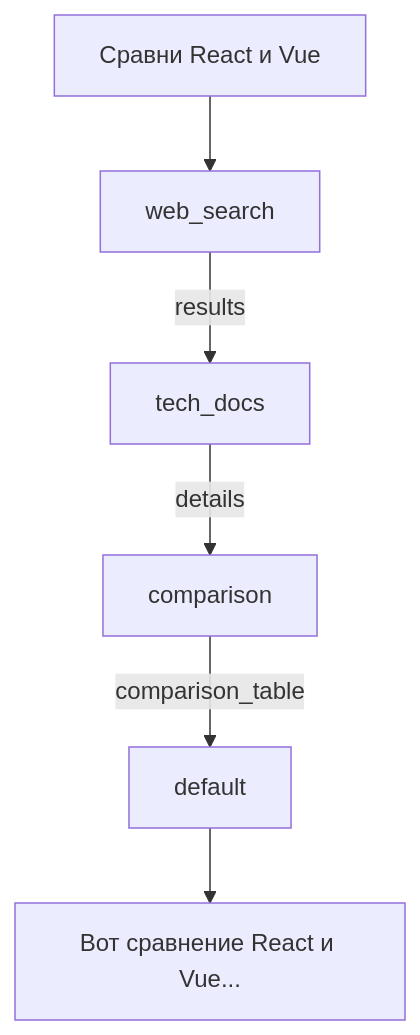
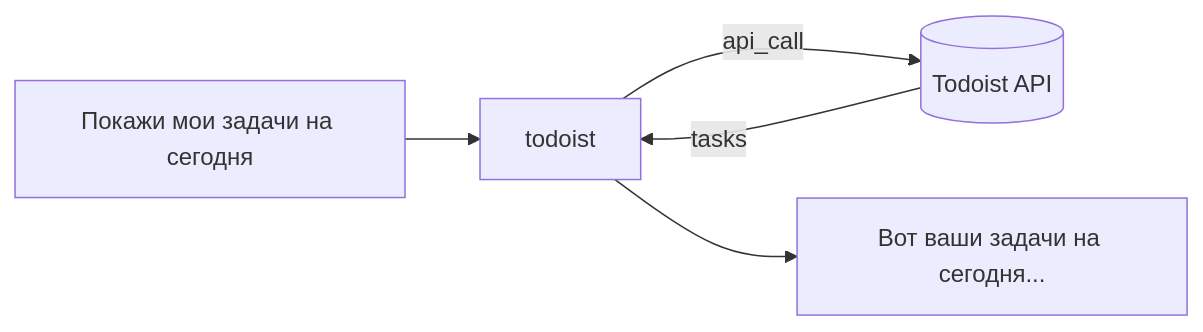
One commit to finnetrolle/nergal changed the tenth of 14 diagrams in docs/AGENT_ARCHITECTURE.md. Above: the diagram before and after it, drawn with Mermaid. The commit also changed other lines of this file and 29 other files, not shown here.

````diff
--- a/docs/AGENT_ARCHITECTURE.md
+++ b/docs/AGENT_ARCHITECTURE.md
@@ -425,8 +636,7 @@
 ```mermaid
-graph TB
-    MSG[Сравни React и Vue] --> WS[web_search]
-    WS -->|results| TD[tech_docs]
-    TD -->|details| COMP[comparison]
-    COMP -->|comparison_table| D[default]
-    D --> RESP[Вот сравнение React и Vue...]
+graph LR
+    MSG[Покажи мои задачи на сегодня] --> T[todoist]
+    T -->|api_call| TD[(Todoist API)]
+    TD -->|tasks| T
+    T --> RESP[Вот ваши задачи на сегодня...]
 ```
````
